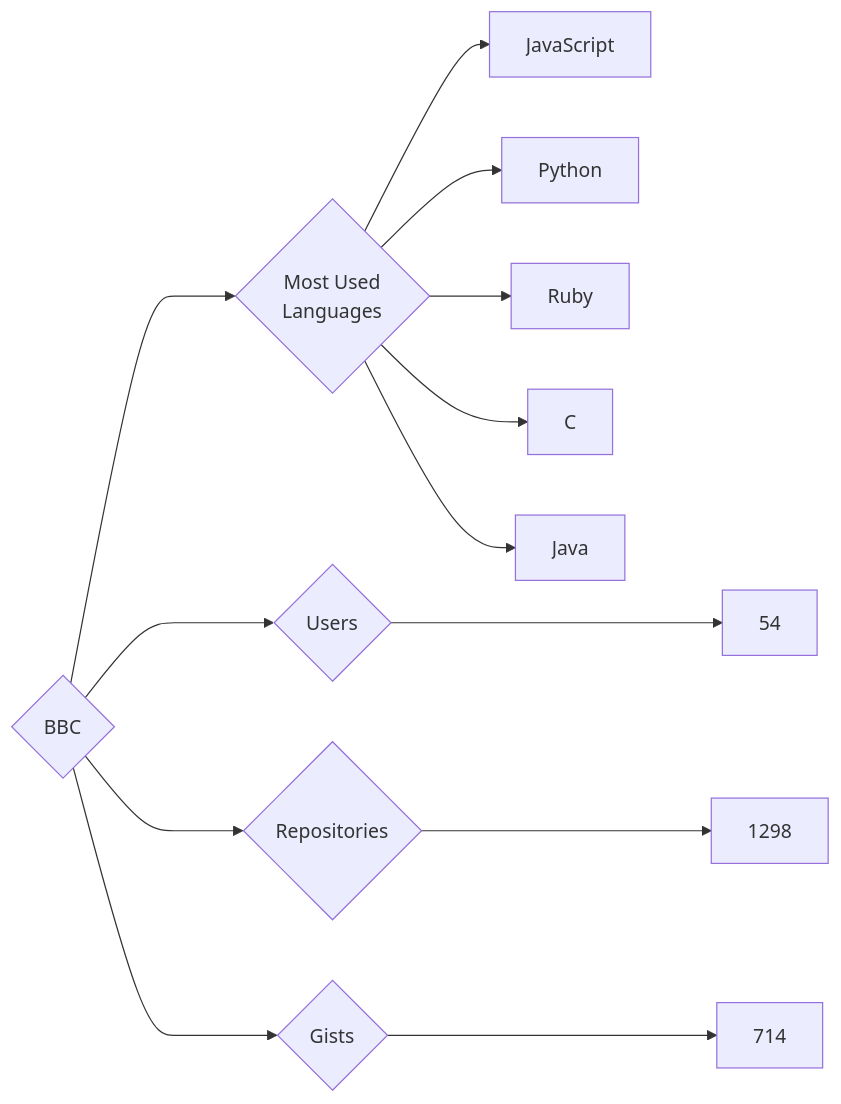
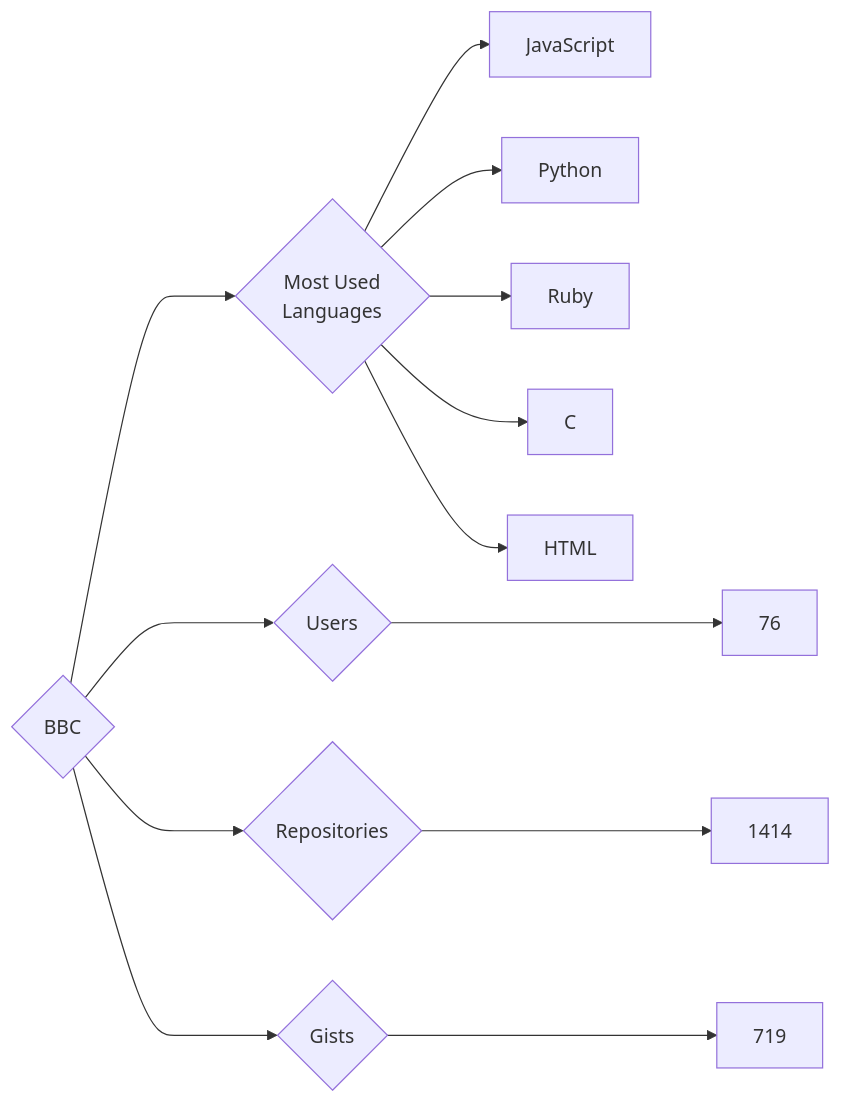
The diagram in targets/BBC/README.md (trickest/insiders), drawn with Mermaid before and after one commit. The commit also changed 847 other files, not shown here.

````diff
--- a/targets/BBC/README.md
+++ b/targets/BBC/README.md
@@ -3,13 +3,13 @@
 ```mermaid
 graph LR
 COMPANY_NAME{BBC}
-COMPANY_NAME ---> U{Users} ---> UN[54]
-COMPANY_NAME ---> R{Repositories} ---> RN[1298]
-COMPANY_NAME ---> G{Gists} ---> GN[714]
+COMPANY_NAME ---> U{Users} ---> UN[76]
+COMPANY_NAME ---> R{Repositories} ---> RN[1414]
+COMPANY_NAME ---> G{Gists} ---> GN[719]
 COMPANY_NAME ---> ML{Most Used<br>Languages}
 ML --> JavaScript[JavaScript]
 ML --> Python[Python]
 ML --> Ruby[Ruby]
 ML --> C[C]
-ML --> Java[Java]
+ML --> HTML[HTML]
 ```
````
